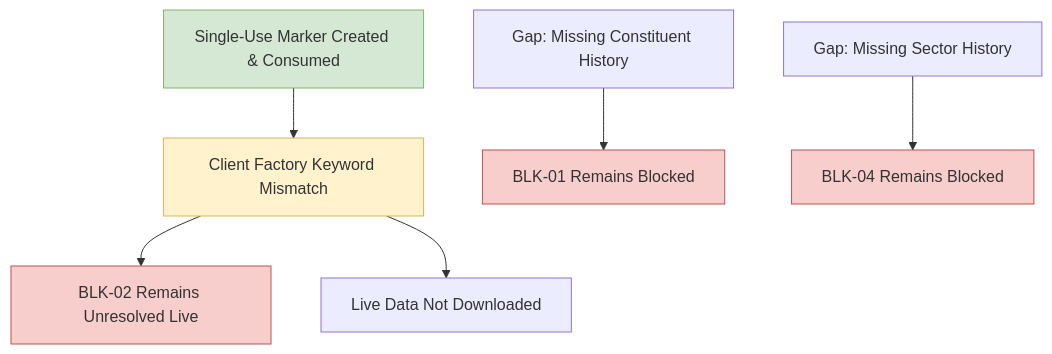
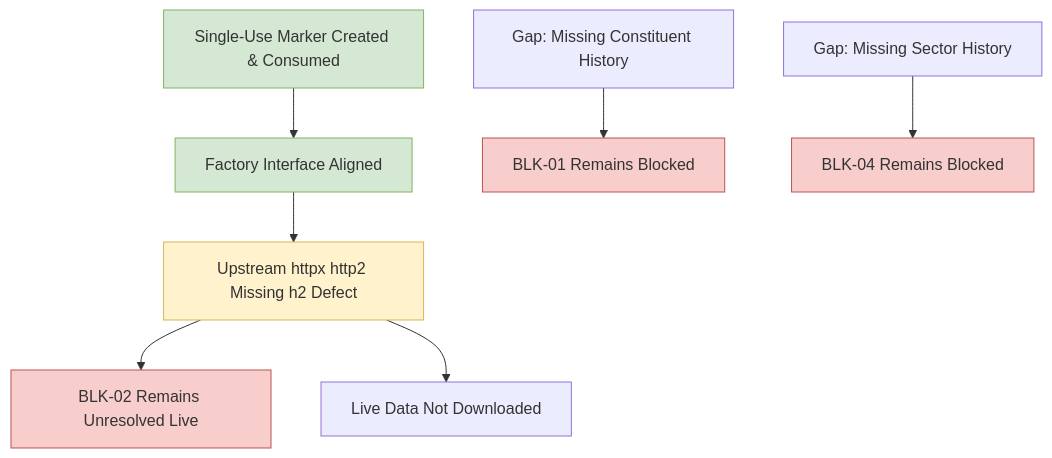
The diagram in docs/PHASE7_NSE_FIVE_STOCK_GAP_ANALYSIS.md (rkchhabda/aarambh), drawn with Mermaid before and after one commit. The commit also changed other lines of this file and 5 other files, not shown here.

````diff
--- a/docs/PHASE7_NSE_FIVE_STOCK_GAP_ANALYSIS.md
+++ b/docs/PHASE7_NSE_FIVE_STOCK_GAP_ANALYSIS.md
@@ -22,15 +22,17 @@
 ```mermaid
 flowchart TD
-    D1[Single-Use Marker Created & Consumed] --> H1[Client Factory Keyword Mismatch]
+    D1[Single-Use Marker Created & Consumed] --> F1[Factory Interface Aligned]
+    F1 --> H1[Upstream httpx http2 Missing h2 Defect]
     H1 --> B1[BLK-02 Remains Unresolved Live]
     H1 --> B2[Live Data Not Downloaded]
     
     G1[Gap: Missing Constituent History] --> B3[BLK-01 Remains Blocked]
     G2[Gap: Missing Sector History] --> B4[BLK-04 Remains Blocked]
     
     style D1 fill:#d5e8d4,stroke:#82b366
+    style F1 fill:#d5e8d4,stroke:#82b366
     style H1 fill:#fff2cc,stroke:#d6b656
     style B1 fill:#f8cecc,stroke:#b85450
     style B3 fill:#f8cecc,stroke:#b85450
     style B4 fill:#f8cecc,stroke:#b85450
 ```
````
